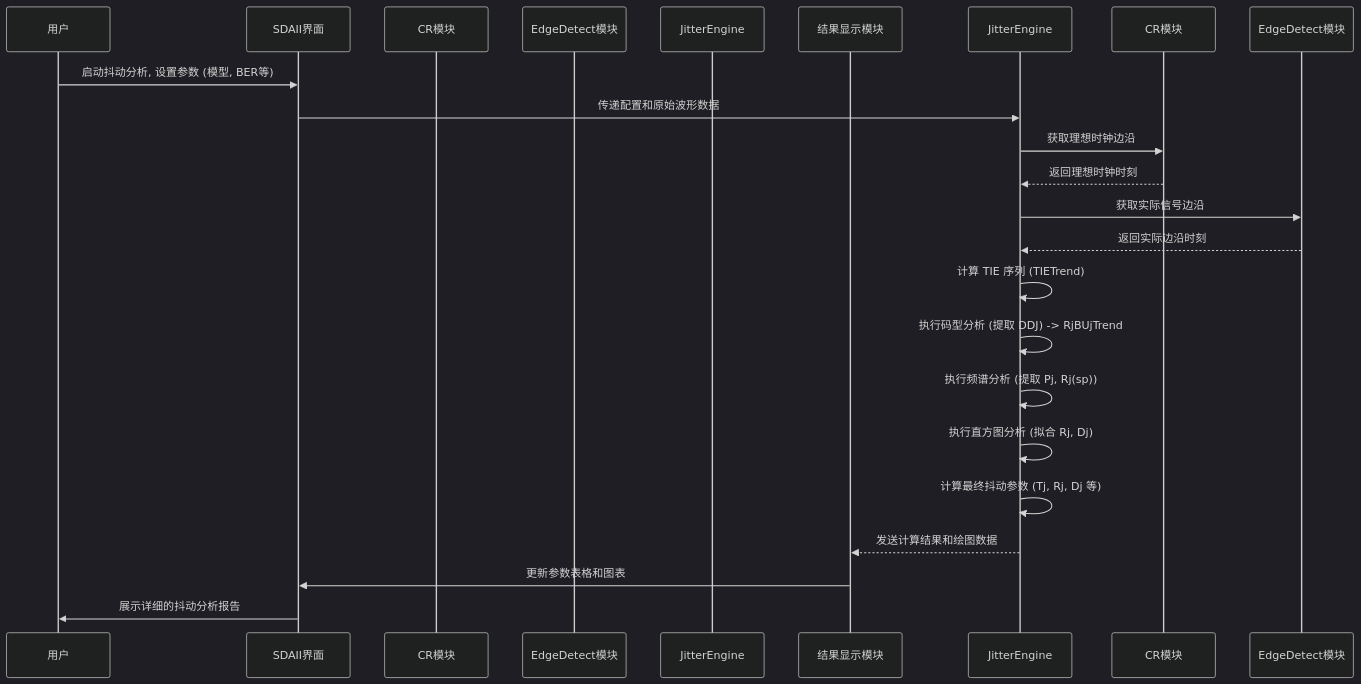
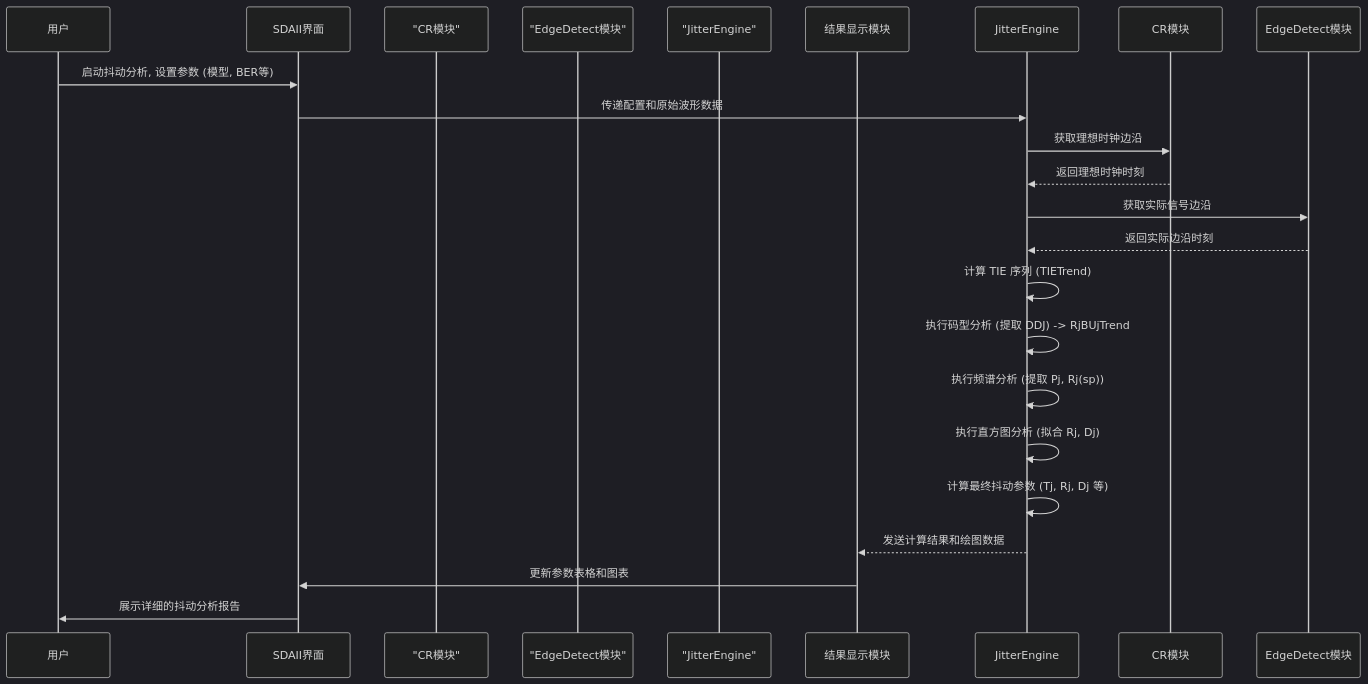
One commit to jueshi/PocketFlow-Tutorial-Codebase-Knowledge changed the second of 2 diagrams in output/SDAIISoftware_manual/06_抖动分析_.md. Above: the diagram before and after it, drawn with Mermaid (dark theme). The commit also changed 282 other files, not shown here.

````diff
--- a/output/SDAIISoftware_manual/06_抖动分析_.md
+++ b/output/SDAIISoftware_manual/06_抖动分析_.md
@@ -221,24 +221,24 @@
 ```mermaid
 sequenceDiagram
     participant 用户
     participant SDAII界面
-    participant 时钟恢复模块 as CR模块
-    participant 信号边沿检测模块 as EdgeDetect模块
-    participant 抖动分解引擎 as JitterEngine
+    participant 时钟恢复模块 as "CR模块"
+    participant 信号边沿检测模块 as "EdgeDetect模块"
+    participant 抖动分解引擎 as "JitterEngine"
     participant 结果显示模块
 
     用户->>SDAII界面: 启动抖动分析, 设置参数 (模型, BER等)
     SDAII界面->>JitterEngine: 传递配置和原始波形数据
     JitterEngine->>CR模块: 获取理想时钟边沿
     CR模块-->>JitterEngine: 返回理想时钟时刻
     JitterEngine->>EdgeDetect模块: 获取实际信号边沿
     EdgeDetect模块-->>JitterEngine: 返回实际边沿时刻
     JitterEngine->>JitterEngine: 计算 TIE 序列 (TIETrend)
     JitterEngine->>JitterEngine: 执行码型分析 (提取 DDJ) -> RjBUjTrend
     JitterEngine->>JitterEngine: 执行频谱分析 (提取 Pj, Rj(sp))
     JitterEngine->>JitterEngine: 执行直方图分析 (拟合 Rj, Dj)
     JitterEngine->>JitterEngine: 计算最终抖动参数 (Tj, Rj, Dj 等)
     JitterEngine-->>结果显示模块: 发送计算结果和绘图数据
     结果显示模块->>SDAII界面: 更新参数表格和图表
     SDAII界面->>用户: 展示详细的抖动分析报告
 ```
````
